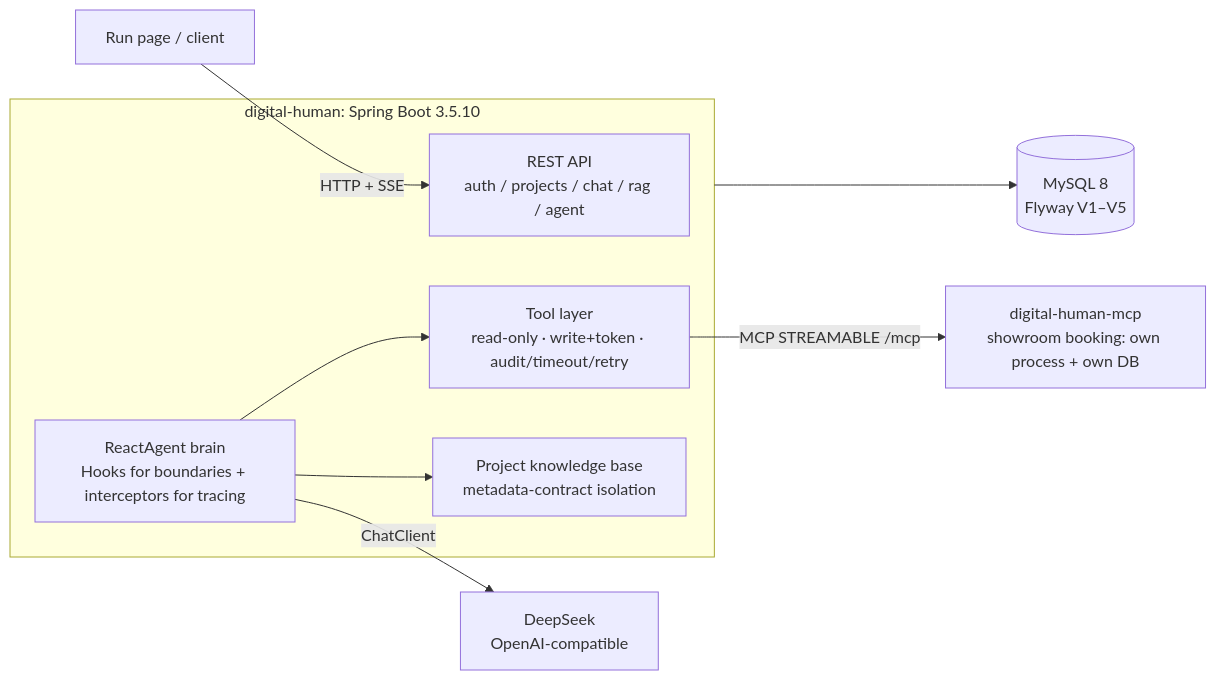
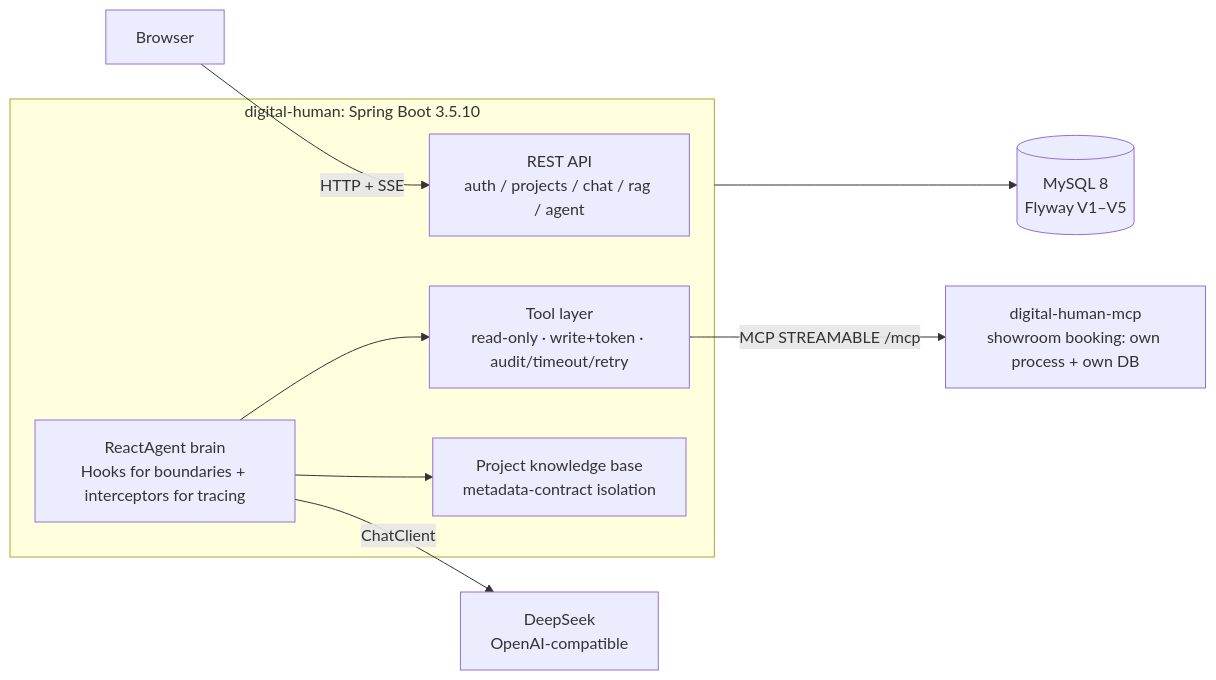
One commit to lifuchun522/springaialibabapractice changed the diagram in README.en.md. Above: the diagram before and after it, drawn with Mermaid. The commit also changed other lines of this file and 11 other files, not shown here.

````diff
--- a/README.en.md
+++ b/README.en.md
@@ -241,15 +309,15 @@
 ```mermaid
 flowchart LR
-    U["Run page / client"] -->|"HTTP + SSE"| API
+    U["Browser"] -->|"HTTP + SSE"| API
     subgraph APP["digital-human: Spring Boot 3.5.10"]
         API["REST API<br/>auth / projects / chat / rag / agent"]
         AGENT["ReactAgent brain<br/>Hooks for boundaries + interceptors for tracing"]
         TOOLS["Tool layer<br/>read-only · write+token · audit/timeout/retry"]
         RAG["Project knowledge base<br/>metadata-contract isolation"]
     end
     AGENT -->|"ChatClient"| LLM["DeepSeek<br/>OpenAI-compatible"]
     AGENT --> TOOLS
     AGENT --> RAG
     TOOLS -->|"MCP STREAMABLE /mcp"| MCP["digital-human-mcp<br/>showroom booking: own process + own DB"]
     APP --> DB[("MySQL 8<br/>Flyway V1–V5")]
 ```
````
